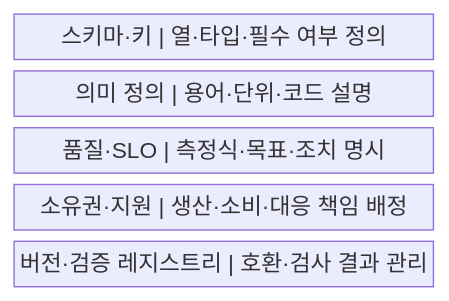
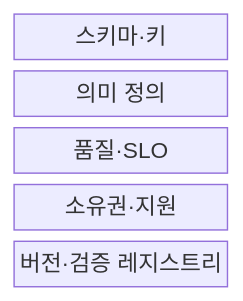
One commit to agnusdei1207/knowledge-base changed the first of 2 diagrams in src/content/docs/notes/03-software/140_data_contract.md. Above: the diagram before and after it, drawn with Mermaid. The commit also changed other lines of this file and 238 other files, not shown here.

````diff
--- a/src/content/docs/notes/03-software/140_data_contract.md
+++ b/src/content/docs/notes/03-software/140_data_contract.md
@@ -56,9 +56,9 @@
 ```mermaid
-block
+block-beta
     columns 1
-    A["스키마·키 | 열·타입·필수 여부 정의"]
-    B["의미 정의 | 용어·단위·코드 설명"]
-    C["품질·SLO | 측정식·목표·조치 명시"]
-    D["소유권·지원 | 생산·소비·대응 책임 배정"]
-    E["버전·검증 레지스트리 | 호환·검사 결과 관리"]
+    A["스키마·키"]
+    B["의미 정의"]
+    C["품질·SLO"]
+    D["소유권·지원"]
+    E["버전·검증 레지스트리"]
 ```
````
